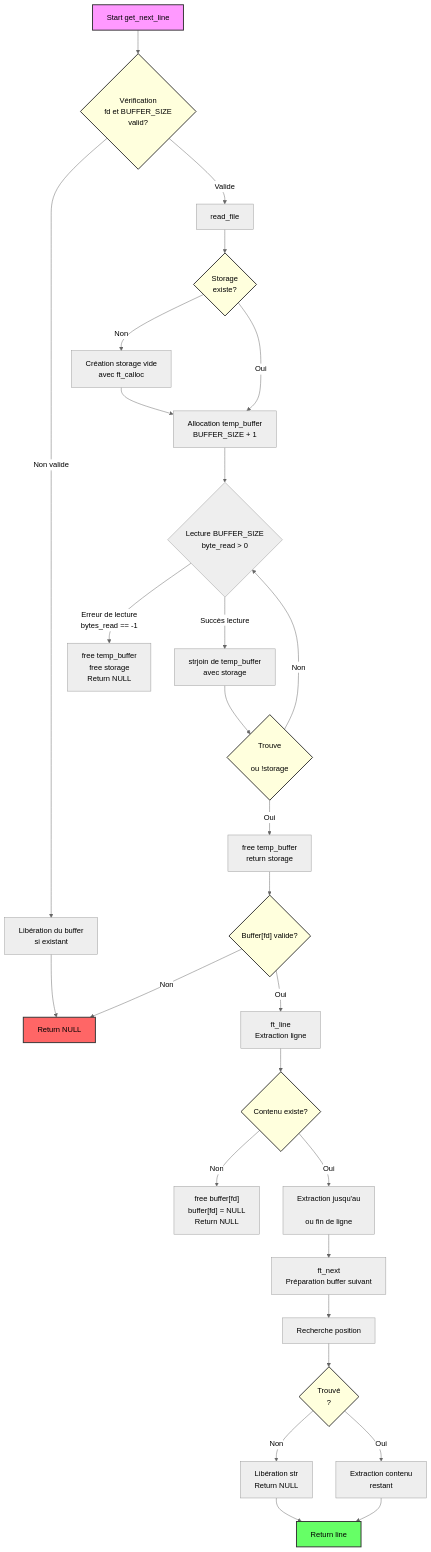
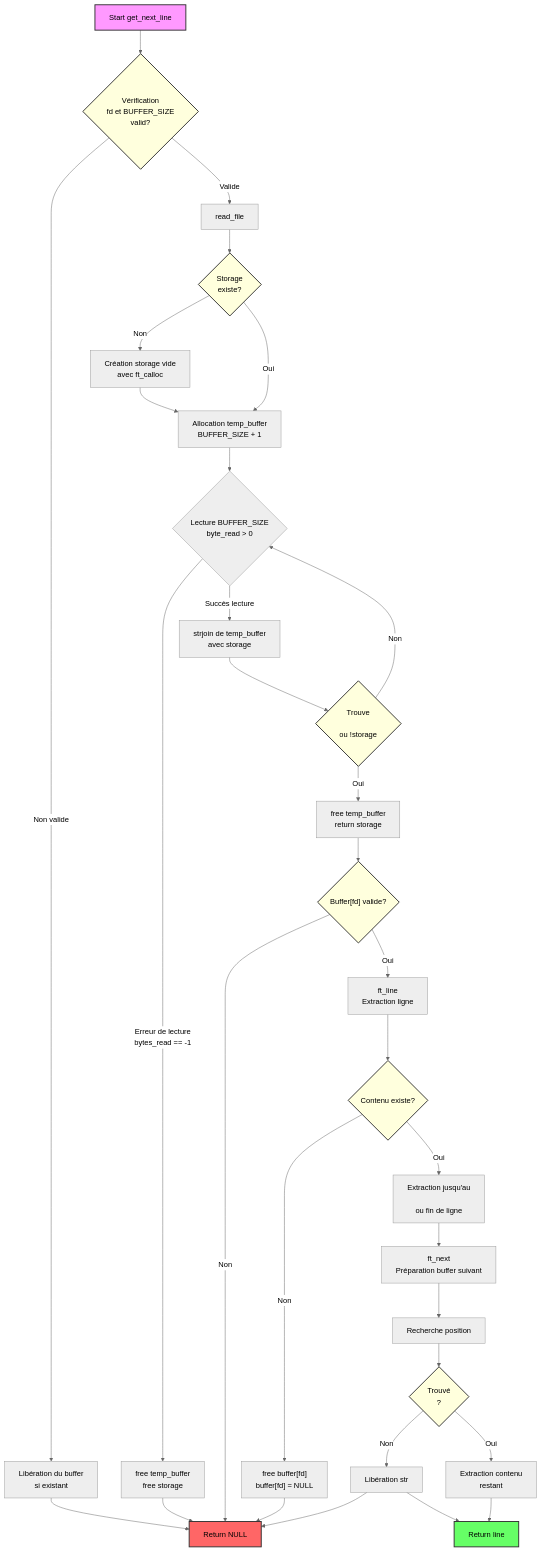
One commit to Xxzer042xX/get_next_line changed the diagram in README.md. Above: the diagram before and after it, drawn with Mermaid (neutral theme).

Commit message:
ok for push on school

````diff
--- a/README.md
+++ b/README.md
@@ -20,52 +20,55 @@
 ```mermaid
 
 flowchart TD
     A[Start get_next_line] --> B{Vérification<br>fd et BUFFER_SIZE<br>valid?}
     B -->|Non valide| C[Libération du buffer<br>si existant]
     C --> D[Return NULL]
     
     B -->|Valide| E[read_file]
     
     %% Processus read_file
     E --> F{Storage<br>existe?}
     F -->|Non| G[Création storage vide<br>avec ft_calloc]
     F -->|Oui| H[Allocation temp_buffer<br>BUFFER_SIZE + 1]
     G --> H
     H --> I{Lecture BUFFER_SIZE<br>byte_read > 0}
-    I -->|Erreur de lecture<br>bytes_read == -1| J[free temp_buffer<br>free storage<br>Return NULL]
+    I -->|Erreur de lecture<br>bytes_read == -1| J[free temp_buffer<br>free storage]
+    J --> D
     I -->|Succès lecture| K[strjoin de temp_buffer<br>avec storage]
     K --> L{Trouve \n<br>ou !storage}
     L -->|Non| I
     L -->|Oui| M[free temp_buffer<br>return storage]
     
     %% Suite processus principal
     M --> N{"Buffer[fd] valide?"}
     N -->|Non| D
     N -->|Oui| O[ft_line<br>Extraction ligne]
     
     %% Processus ft_line
     O --> P{Contenu existe?}
-    P -->|Non| Q["free buffer[fd]<br>buffer[fd] = NULL<br>Return NULL"]
+    P -->|Non| Q["free buffer[fd]<br>buffer[fd] = NULL"]
+    Q --> D
     P -->|Oui| R[Extraction jusqu'au \n<br>ou fin de ligne]
     
     %% Processus ft_next
     R --> S[ft_next<br>Préparation buffer suivant]
     S --> T[Recherche position \n]
     T --> U{Trouvé \n?}
-    U -->|Non| V[Libération str<br>Return NULL]
+    U -->|Non| V[Libération str]
+V --> D
     U -->|Oui| W[Extraction contenu<br>restant]
     
     %% Étapes finales
     W --> X[Return line]
     V --> X
 
     style A fill:#f9f,stroke:#333,stroke-width:2px
     style D fill:#f66,stroke:#333,stroke-width:2px
     style X fill:#6f6,stroke:#333,stroke-width:2px
     style B fill:#ffd,stroke:#333,stroke-width:2px
     style F fill:#ffd,stroke:#333,stroke-width:2px
     style L fill:#ffd,stroke:#333,stroke-width:2px
     style N fill:#ffd,stroke:#333,stroke-width:2px
     style P fill:#ffd,stroke:#333,stroke-width:2px
     style U fill:#ffd,stroke:#333,stroke-width:2px
 ```
````
